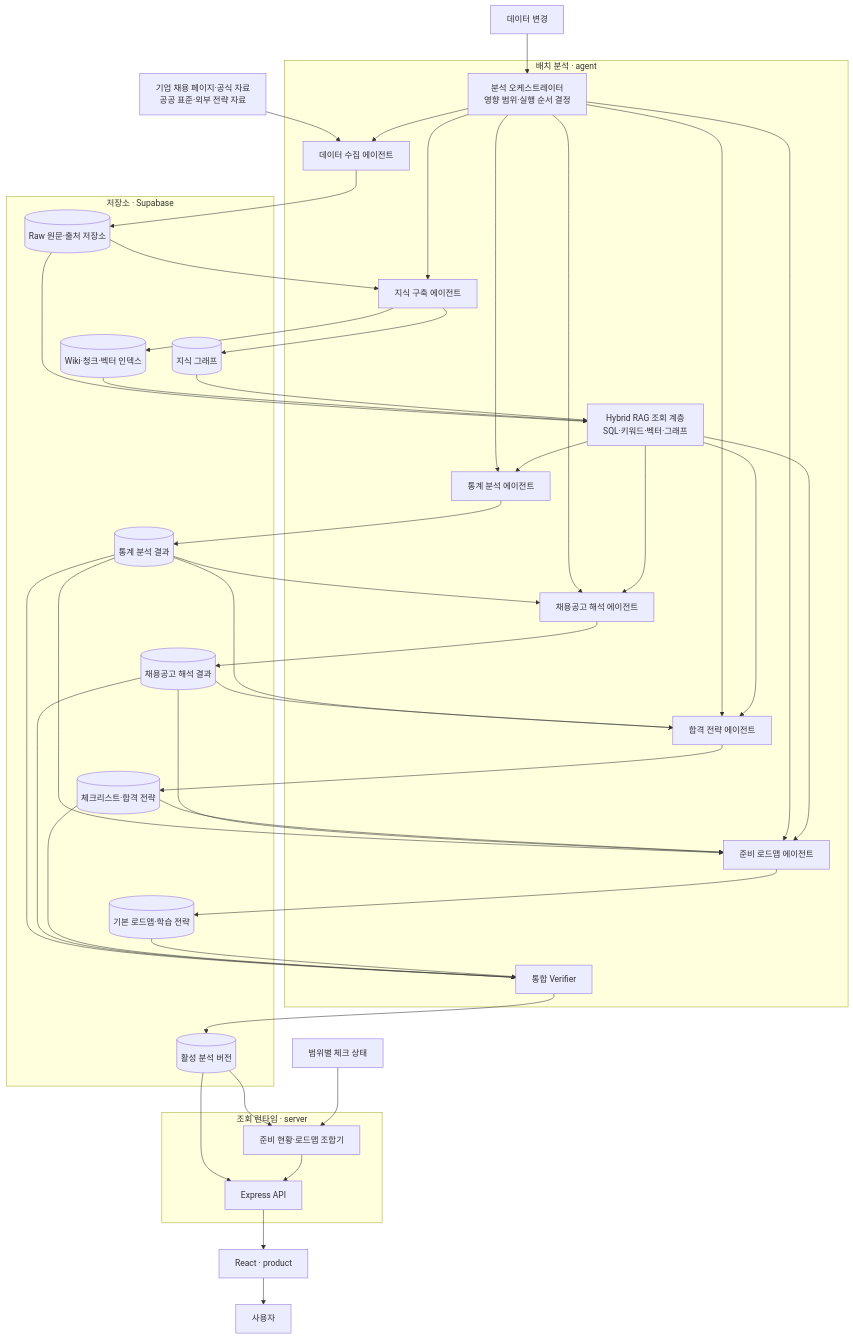
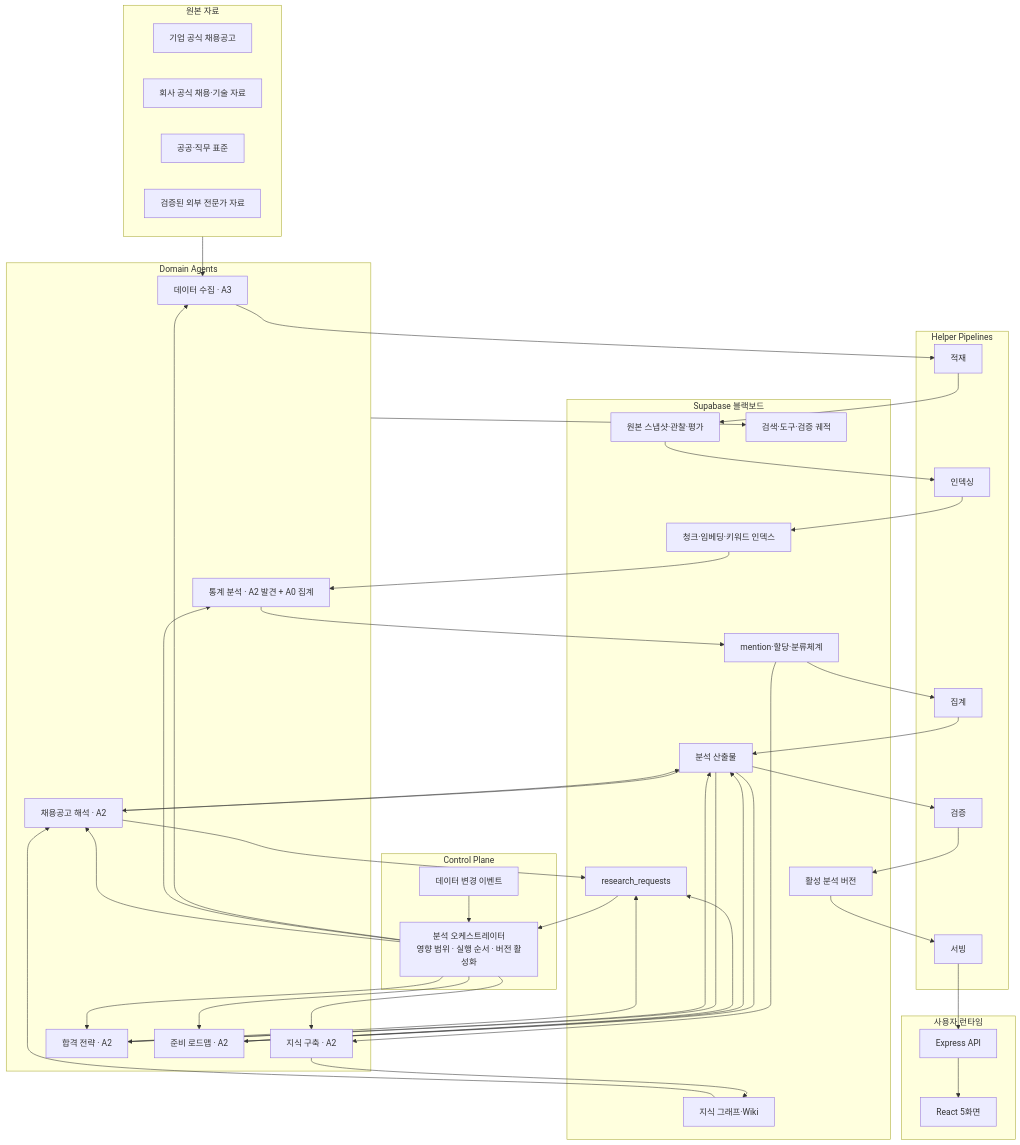
The first of 5 diagrams in docs/architecture.md (Mureung1/hub-showcase), drawn with Mermaid before and after one commit. The commit also changed other lines of this file and 16 other files, not shown here.

Commit message:
docs: define knowledge schema, statistics model, and execution layers

````diff
--- a/docs/architecture.md
+++ b/docs/architecture.md
@@ -32,77 +68,75 @@
 ```mermaid
 flowchart TB
-    subgraph AGENT["배치 분석 · agent"]
-        ORCHESTRATOR["분석 오케스트레이터<br/>영향 범위·실행 순서 결정"]
-        COLLECTOR["데이터 수집 에이전트"]
-        KNOWLEDGE["지식 구축 에이전트"]
-        RETRIEVAL["Hybrid RAG 조회 계층<br/>SQL·키워드·벡터·그래프"]
-        STATISTICS["통계 분석 에이전트"]
-        INTERPRETATION["채용공고 해석 에이전트"]
-        STRATEGY["합격 전략 에이전트"]
-        ROADMAP["준비 로드맵 에이전트"]
-        VERIFIER["통합 Verifier"]
+    subgraph SRC["원본 자료"]
+        SA["기업 공식 채용공고"]
+        SB["회사 공식 채용·기술 자료"]
+        SC["공공·직무 표준"]
+        SD["검증된 외부 전문가 자료"]
     end
 
-    subgraph STORE["저장소 · Supabase"]
-        RAW_STORE[("Raw 원문·출처 저장소")]
-        WIKI_STORE[("Wiki·청크·벡터 인덱스")]
-        GRAPH_STORE[("지식 그래프")]
-        STATISTICS_OUT[("통계 분석 결과")]
-        INTERPRETATION_OUT[("채용공고 해석 결과")]
-        STRATEGY_OUT[("체크리스트·합격 전략")]
-        ROADMAP_OUT[("기본 로드맵·학습 전략")]
-        ACTIVE[("활성 분석 버전")]
+    subgraph CTRL["Control Plane"]
+        CHANGE["데이터 변경 이벤트"]
+        ORCH["분석 오케스트레이터<br/>영향 범위 · 실행 순서 · 버전 활성화"]
     end
 
-    subgraph SERVER["조회 런타임 · server"]
-        API["Express API"]
-        COMPOSER["준비 현황·로드맵 조합기"]
+    subgraph AGENTS["Domain Agents"]
+        COL["데이터 수집 · A3"]
+        KB["지식 구축 · A2"]
+        STAT["통계 분석 · A2 발견 + A0 집계"]
+        INTER["채용공고 해석 · A2"]
+        STRAT["합격 전략 · A2"]
+        ROAD["준비 로드맵 · A2"]
     end
 
-    SOURCES["기업 채용 페이지·공식 자료<br/>공공 표준·외부 전략 자료"] --> COLLECTOR
-    CHANGE["데이터 변경"] --> ORCHESTRATOR
-    ORCHESTRATOR --> COLLECTOR
-    ORCHESTRATOR --> KNOWLEDGE
-    COLLECTOR --> RAW_STORE
-    RAW_STORE --> KNOWLEDGE
-    KNOWLEDGE --> WIKI_STORE
-    KNOWLEDGE --> GRAPH_STORE
-    RAW_STORE --> RETRIEVAL
-    WIKI_STORE --> RETRIEVAL
-    GRAPH_STORE --> RETRIEVAL
+    subgraph PIPE["Helper Pipelines"]
+        P1["적재"]
+        P2["인덱싱"]
+        P3["집계"]
+        P4["검증"]
+        P5["서빙"]
+    end
 
-    ORCHESTRATOR --> STATISTICS
-    RETRIEVAL --> STATISTICS
-    STATISTICS --> STATISTICS_OUT
+    subgraph BB["Supabase 블랙보드"]
+        RAW["원본 스냅샷·관찰·평가"]
+        IDX["청크·임베딩·키워드 인덱스"]
+        FACT["mention·할당·분류체계"]
+        GRAPH["지식 그래프·Wiki"]
+        OUT["분석 산출물"]
+        REQ["research_requests"]
+        TRACE["검색·도구·검증 궤적"]
+        ACTIVE["활성 분석 버전"]
+    end
 
-    ORCHESTRATOR --> INTERPRETATION
-    RETRIEVAL --> INTERPRETATION
-    STATISTICS_OUT --> INTERPRETATION
-    INTERPRETATION --> INTERPRETATION_OUT
+    subgraph RT["사용자 런타임"]
+        API["Express API"]
+        UI["React 5화면"]
+    end
 
-    ORCHESTRATOR --> STRATEGY
-    RETRIEVAL --> STRATEGY
-    STATISTICS_OUT --> STRATEGY
-    INTERPRETATION_OUT --> STRATEGY
-    STRATEGY --> STRATEGY_OUT
+    SRC --> COL
+    CHANGE --> ORCH
+    ORCH --> COL
+    ORCH --> KB
+    ORCH --> STAT
+    ORCH --> INTER
+    ORCH --> STRAT
+    ORCH --> ROAD
 
-    ORCHESTRATOR --> ROADMAP
-    RETRIEVAL --> ROADMAP
-    STATISTICS_OUT --> ROADMAP
-    INTERPRETATION_OUT --> ROADMAP
-    STRATEGY_OUT --> ROADMAP
-    ROADMAP --> ROADMAP_OUT
+    COL --> P1 --> RAW
+    RAW --> P2 --> IDX
+    IDX --> STAT --> FACT
+    FACT --> P3 --> OUT
+    FACT --> KB --> GRAPH
+    GRAPH --> INTER
+    OUT --> INTER --> OUT
+    OUT --> STRAT --> OUT
+    OUT --> ROAD --> OUT
 
-    STATISTICS_OUT --> VERIFIER
-    INTERPRETATION_OUT --> VERIFIER
-    STRATEGY_OUT --> VERIFIER
-    ROADMAP_OUT --> VERIFIER
-    VERIFIER --> ACTIVE
+    INTER --> REQ
+    STRAT --> REQ
+    ROAD --> REQ
+    REQ --> ORCH
 
-    ACTIVE --> API
-    ACTIVE --> COMPOSER
-    CHECKS["범위별 체크 상태"] --> COMPOSER
-    COMPOSER --> API
-    API --> UI["React · product"]
-    UI --> USER["사용자"]
+    AGENTS --> TRACE
+    OUT --> P4 --> ACTIVE
+    ACTIVE --> P5 --> API --> UI
 ```
````
